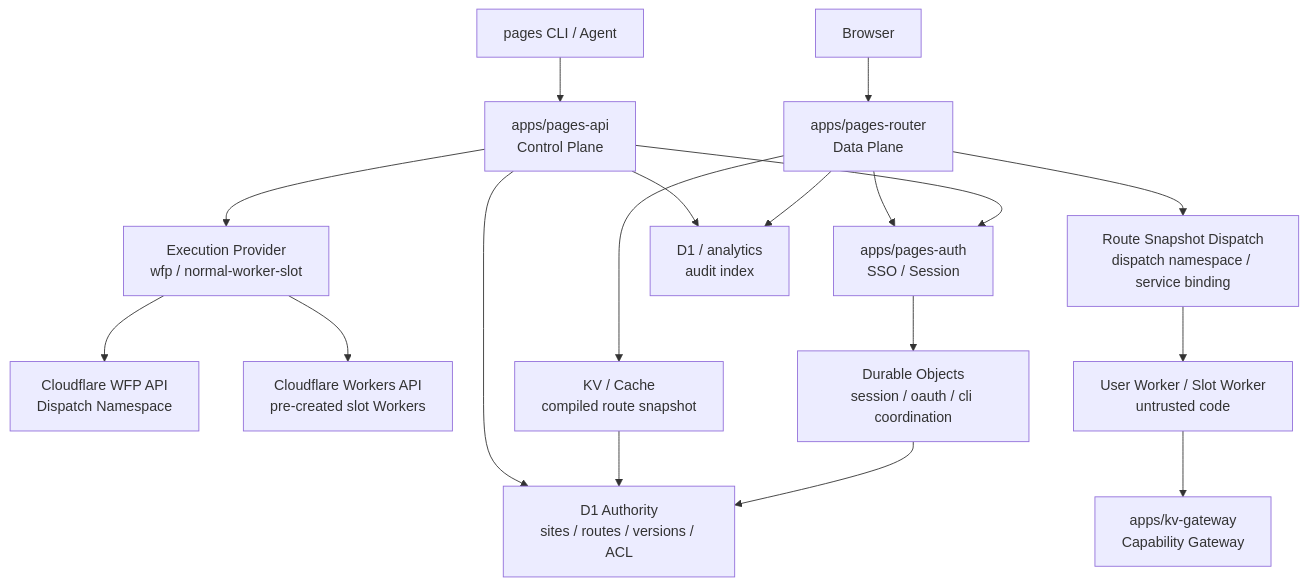
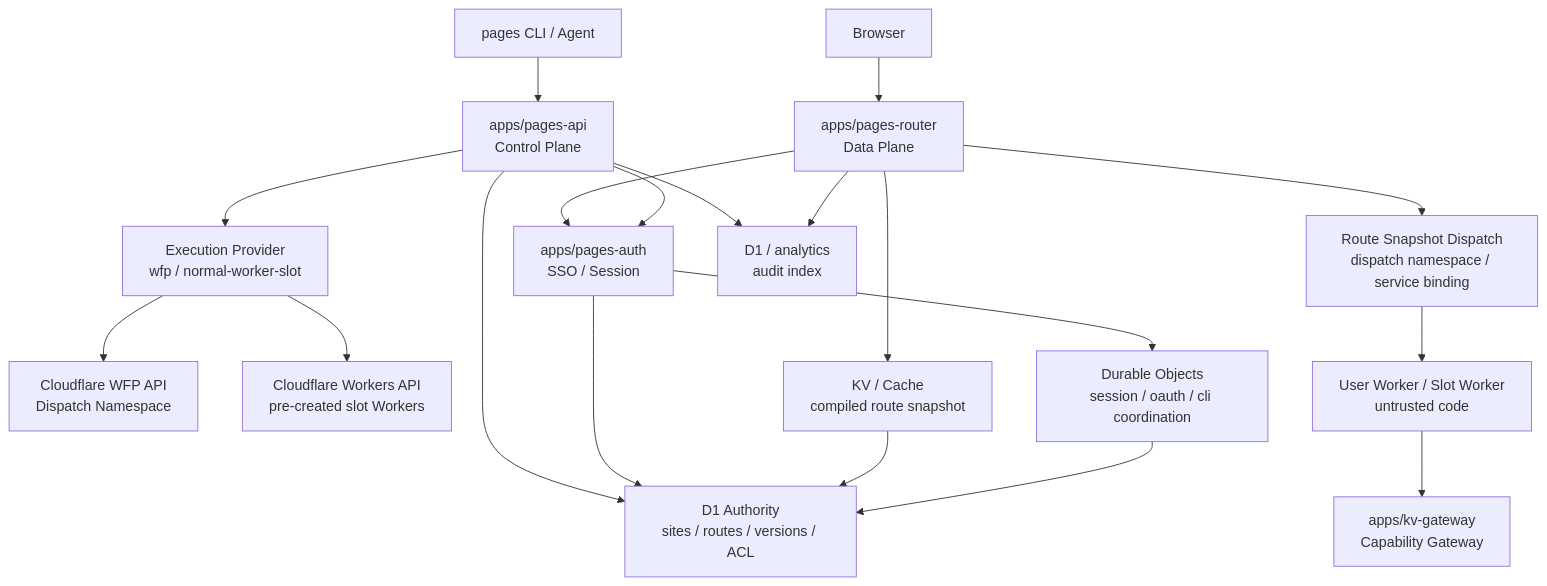
One commit to qaj701224-blip/pages-manager changed the diagram in docs/pages-v2-wfp-architecture.md. Above: the diagram before and after it, drawn with Mermaid. The commit also changed other lines of this file and 10 other files, not shown here.

````diff
--- a/docs/pages-v2-wfp-architecture.md
+++ b/docs/pages-v2-wfp-architecture.md
@@ -131,20 +131,21 @@
 ```mermaid
 flowchart TD
   CLI["pages CLI / Agent"] --> API["apps/pages-api<br/>Control Plane"]
   Browser["Browser"] --> Router["apps/pages-router<br/>Data Plane"]
   Router --> Auth["apps/pages-auth<br/>SSO / Session"]
   API --> Auth
   API --> Exec["Execution Provider<br/>wfp / normal-worker-slot"]
   Exec --> WFP["Cloudflare WFP API<br/>Dispatch Namespace"]
   Exec --> Slots["Cloudflare Workers API<br/>pre-created slot Workers"]
   Router --> Dispatch["Route Snapshot Dispatch<br/>dispatch namespace / service binding"]
   Dispatch --> UserWorker["User Worker / Slot Worker<br/>untrusted code"]
   UserWorker --> KV["apps/kv-gateway<br/>Capability Gateway"]
   API --> Authority["D1 Authority<br/>sites / routes / versions / ACL"]
+  Auth --> Authority
   Router --> Snapshot["KV / Cache<br/>compiled route snapshot"]
   Snapshot --> Authority
   Auth --> DO["Durable Objects<br/>session / oauth / cli coordination"]
   DO --> Authority
   API --> Audit["D1 / analytics<br/>audit index"]
   Router --> Audit
 ```
````
